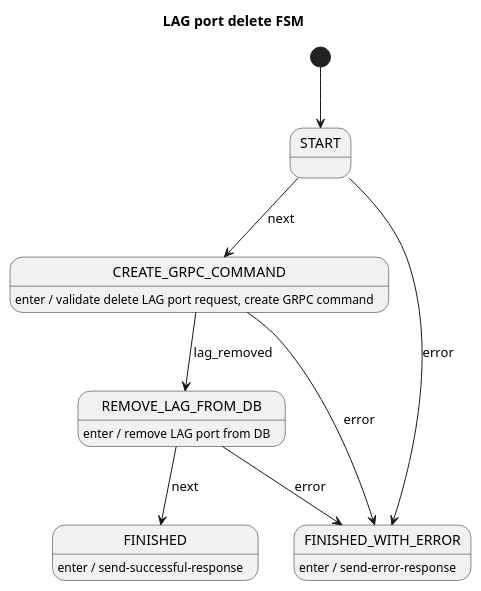
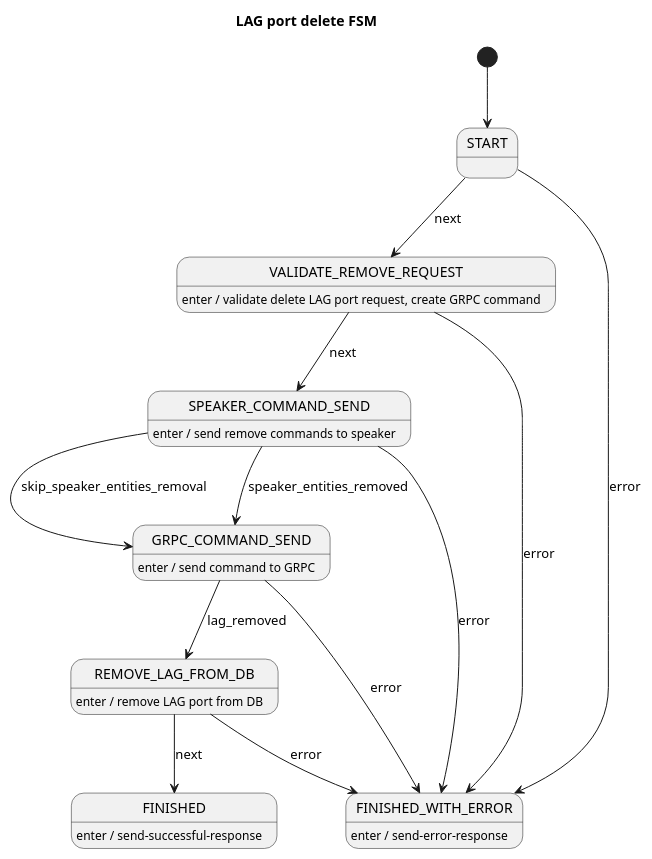
The diagram in docs/design/hub-and-spoke/lag/delete/delete-lag-port-fsm.puml (telstra/open-kilda), drawn with PlantUML before and after one commit. The commit also changed 81 other files, not shown here.

```diff
--- a/docs/design/hub-and-spoke/lag/delete/delete-lag-port-fsm.puml
+++ b/docs/design/hub-and-spoke/lag/delete/delete-lag-port-fsm.puml
@@ -1,21 +1,30 @@
 @startuml
 title LAG port delete FSM
 
 [*] --> START
 
-START --> CREATE_GRPC_COMMAND : next
+START --> VALIDATE_REMOVE_REQUEST : next
 START --> FINISHED_WITH_ERROR : error
 
-CREATE_GRPC_COMMAND --> REMOVE_LAG_FROM_DB : lag_removed
-CREATE_GRPC_COMMAND --> FINISHED_WITH_ERROR : error
-CREATE_GRPC_COMMAND : enter / validate delete LAG port request, create GRPC command
+VALIDATE_REMOVE_REQUEST --> SPEAKER_COMMAND_SEND : next
+VALIDATE_REMOVE_REQUEST --> FINISHED_WITH_ERROR : error
+VALIDATE_REMOVE_REQUEST : enter / validate delete LAG port request, create GRPC command
+
+SPEAKER_COMMAND_SEND --> GRPC_COMMAND_SEND : skip_speaker_entities_removal
+SPEAKER_COMMAND_SEND --> GRPC_COMMAND_SEND : speaker_entities_removed
+SPEAKER_COMMAND_SEND --> FINISHED_WITH_ERROR : error
+SPEAKER_COMMAND_SEND : enter / send remove commands to speaker
+
+GRPC_COMMAND_SEND --> REMOVE_LAG_FROM_DB : lag_removed
+GRPC_COMMAND_SEND --> FINISHED_WITH_ERROR : error
+GRPC_COMMAND_SEND : enter / send command to GRPC
 
 REMOVE_LAG_FROM_DB --> FINISHED : next
 REMOVE_LAG_FROM_DB --> FINISHED_WITH_ERROR : error
 REMOVE_LAG_FROM_DB : enter / remove LAG port from DB
 
 FINISHED : enter / send-successful-response
 
 FINISHED_WITH_ERROR : enter / send-error-response
 
 @enduml
```
